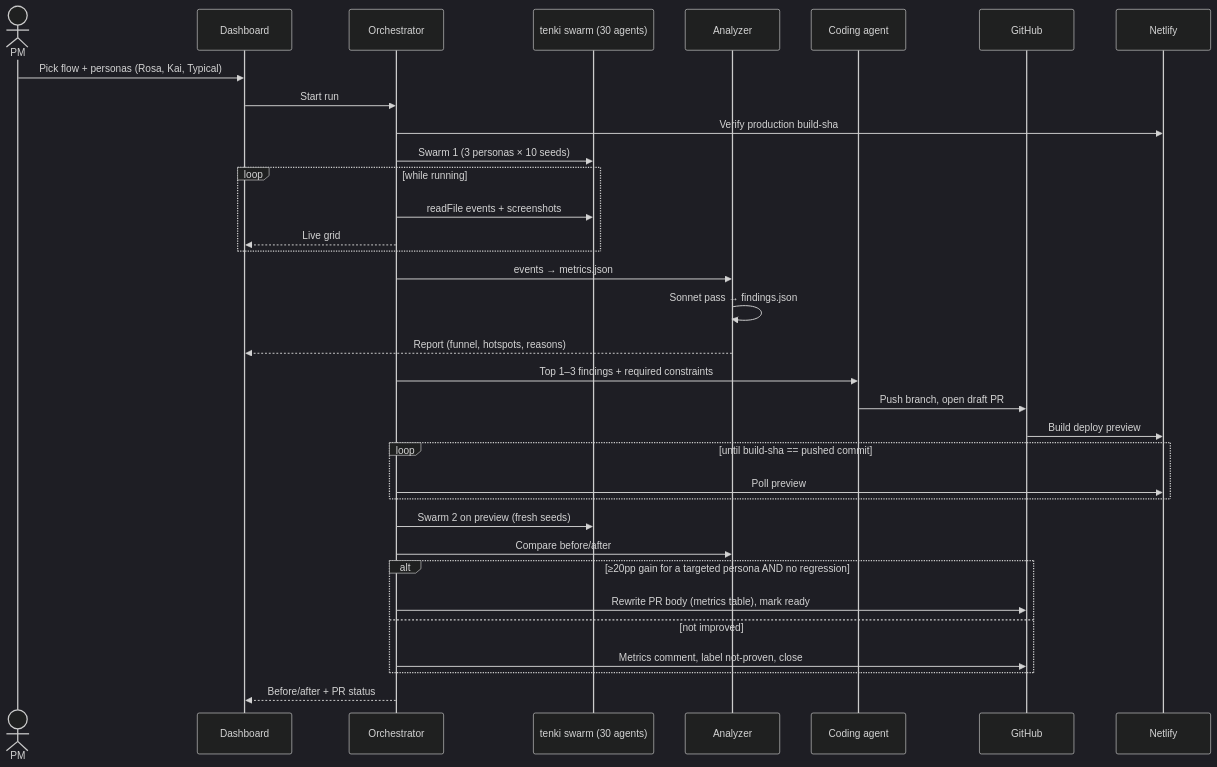
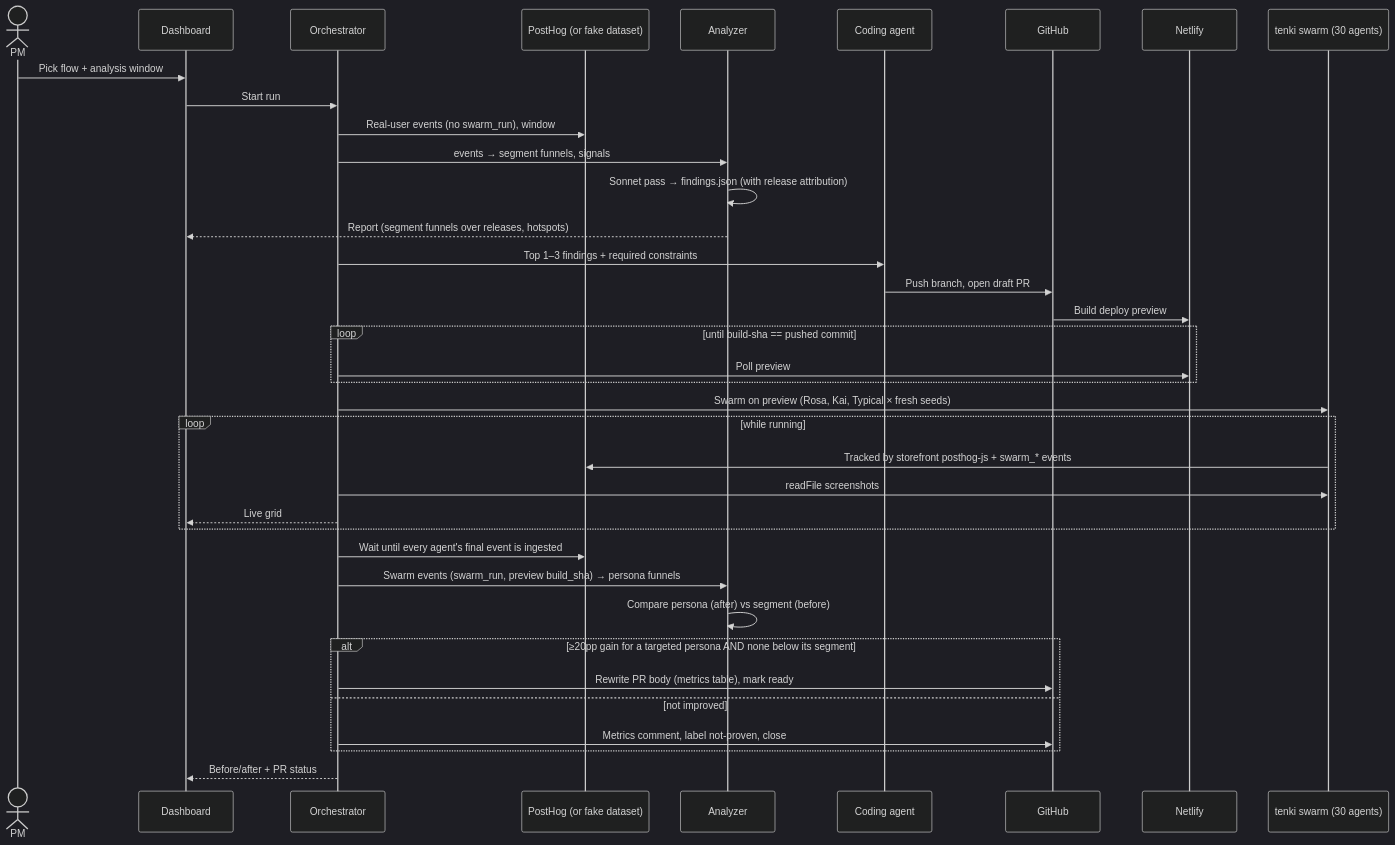
One commit to jbecerra73/build101_grupo16 changed the second of 2 diagrams in ARCHITECTURE.md. Above: the diagram before and after it, drawn with Mermaid (dark theme). The commit also changed other lines of this file and 11 other files, not shown here.

First line of the commit message:
Pivot to PostHog: spec, tracking plan, fake dataset generator

````diff
--- a/ARCHITECTURE.md
+++ b/ARCHITECTURE.md
@@ -67,37 +80,40 @@
 ```mermaid
 sequenceDiagram
     actor PM
     participant D as Dashboard
     participant O as Orchestrator
-    participant S as tenki swarm (30 agents)
+    participant P as PostHog (or fake dataset)
     participant A as Analyzer
     participant C as Coding agent
     participant G as GitHub
     participant N as Netlify
+    participant S as tenki swarm (30 agents)
 
-    PM->>D: Pick flow + personas (Rosa, Kai, Typical)
+    PM->>D: Pick flow + analysis window
     D->>O: Start run
-    O->>N: Verify production build-sha
-    O->>S: Swarm 1 (3 personas × 10 seeds)
-    loop while running
-        O->>S: readFile events + screenshots
-        O-->>D: Live grid
-    end
-    O->>A: events → metrics.json
-    A->>A: Sonnet pass → findings.json
-    A-->>D: Report (funnel, hotspots, reasons)
+    O->>P: Real-user events (no swarm_run), window
+    O->>A: events → segment funnels, signals
+    A->>A: Sonnet pass → findings.json (with release attribution)
+    A-->>D: Report (segment funnels over releases, hotspots)
     O->>C: Top 1–3 findings + required constraints
     C->>G: Push branch, open draft PR
     G->>N: Build deploy preview
     loop until build-sha == pushed commit
         O->>N: Poll preview
     end
-    O->>S: Swarm 2 on preview (fresh seeds)
-    O->>A: Compare before/after
-    alt ≥20pp gain for a targeted persona AND no regression
+    O->>S: Swarm on preview (Rosa, Kai, Typical × fresh seeds)
+    loop while running
+        S->>P: Tracked by storefront posthog-js + swarm_* events
+        O->>S: readFile screenshots
+        O-->>D: Live grid
+    end
+    O->>P: Wait until every agent's final event is ingested
+    O->>A: Swarm events (swarm_run, preview build_sha) → persona funnels
+    A->>A: Compare persona (after) vs segment (before)
+    alt ≥20pp gain for a targeted persona AND none below its segment
         O->>G: Rewrite PR body (metrics table), mark ready
     else not improved
         O->>G: Metrics comment, label not-proven, close
     end
     O-->>D: Before/after + PR status
 ```
````
